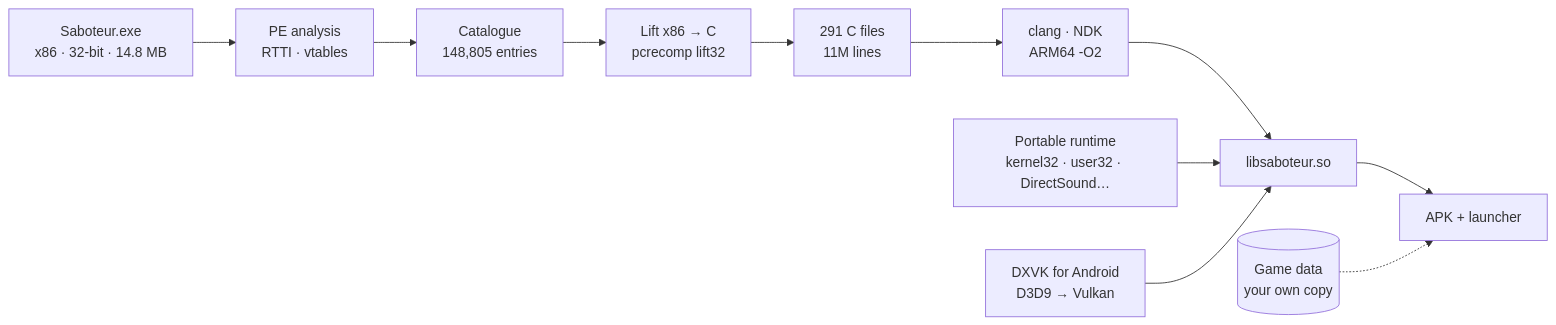
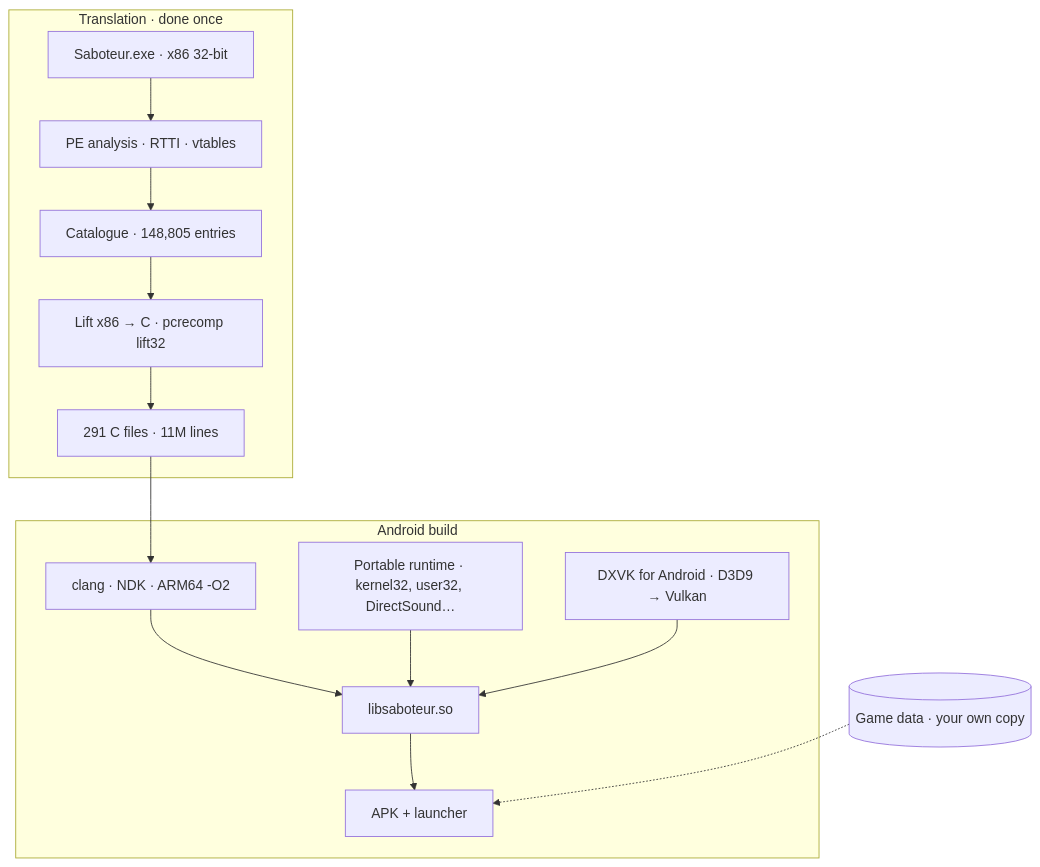
One commit to lumishelf/saboteur-android changed the diagram in README_EN.md. Above: the diagram before and after it, drawn with Mermaid. The commit also changed 1 other file, not shown here.

Commit message:
Diagramma della pipeline in verticale, leggibile su GitHub
Claude-Session: https://claude.ai/code/session_01DDL9ukDzC7MMy8xYn2k9s1

````diff
--- a/README_EN.md
+++ b/README_EN.md
@@ -125,13 +125,17 @@
 ```mermaid
-flowchart LR
-    A["Saboteur.exe<br/>x86 · 32-bit · 14.8 MB"] --> B["PE analysis<br/>RTTI · vtables"]
-    B --> C["Catalogue<br/>148,805 entries"]
-    C --> D["Lift x86 → C<br/>pcrecomp lift32"]
-    D --> E["291 C files<br/>11M lines"]
-    E --> F["clang · NDK<br/>ARM64 -O2"]
-    F --> G["libsaboteur.so"]
-    R["Portable runtime<br/>kernel32 · user32 · DirectSound…"] --> G
-    X["DXVK for Android<br/>D3D9 → Vulkan"] --> G
-    G --> H["APK + launcher"]
-    D2[("Game data<br/>your own copy")] -.-> H
+flowchart TD
+    subgraph T["Translation · done once"]
+        A["Saboteur.exe · x86 32-bit"] --> B["PE analysis · RTTI · vtables"]
+        B --> C["Catalogue · 148,805 entries"]
+        C --> D["Lift x86 → C · pcrecomp lift32"]
+        D --> E["291 C files · 11M lines"]
+    end
+    subgraph A2["Android build"]
+        F["clang · NDK · ARM64 -O2"] --> G["libsaboteur.so"]
+        R["Portable runtime · kernel32, user32, DirectSound…"] --> G
+        X["DXVK for Android · D3D9 → Vulkan"] --> G
+        G --> H["APK + launcher"]
+    end
+    E --> F
+    DATA[("Game data · your own copy")] -.-> H
 ```
````
